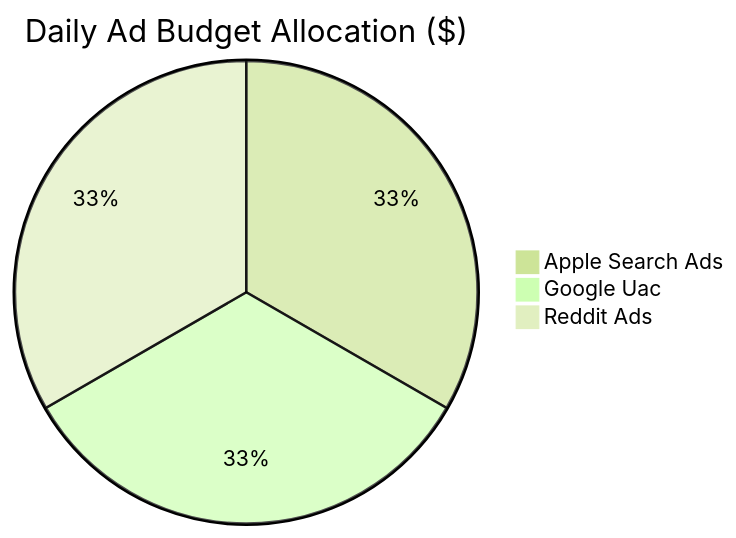
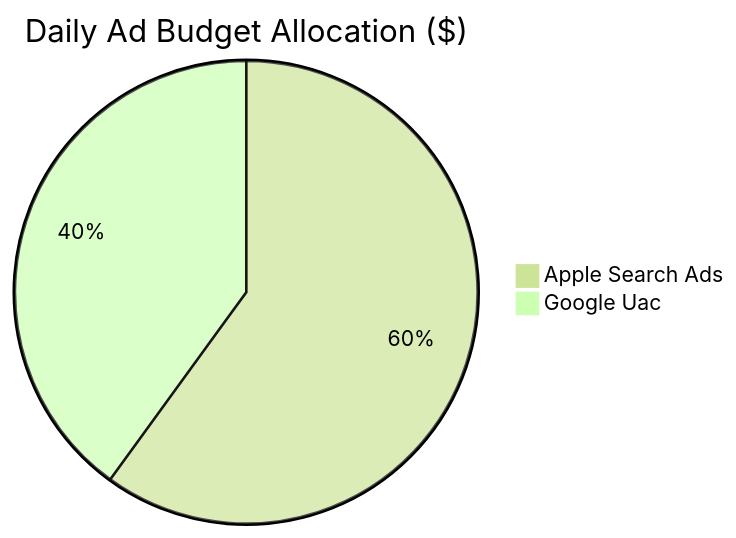
Before and after one commit to IgorGanapolsky/Random-Timer: the first of 4 diagrams in wiki/Paid-Acquisition.md, drawn with Mermaid (forest theme). The commit also changed other lines of this file and 534 other files, not shown here.

````diff
--- a/wiki/Paid-Acquisition.md
+++ b/wiki/Paid-Acquisition.md
@@ -44,6 +44,5 @@
 ```mermaid
 pie title Daily Ad Budget Allocation ($)
-    "Apple Search Ads" : 10.0
-    "Google Uac" : 10.0
-    "Reddit Ads" : 10.0
+    "Apple Search Ads" : 18.0
+    "Google Uac" : 12.0
 ```
````
